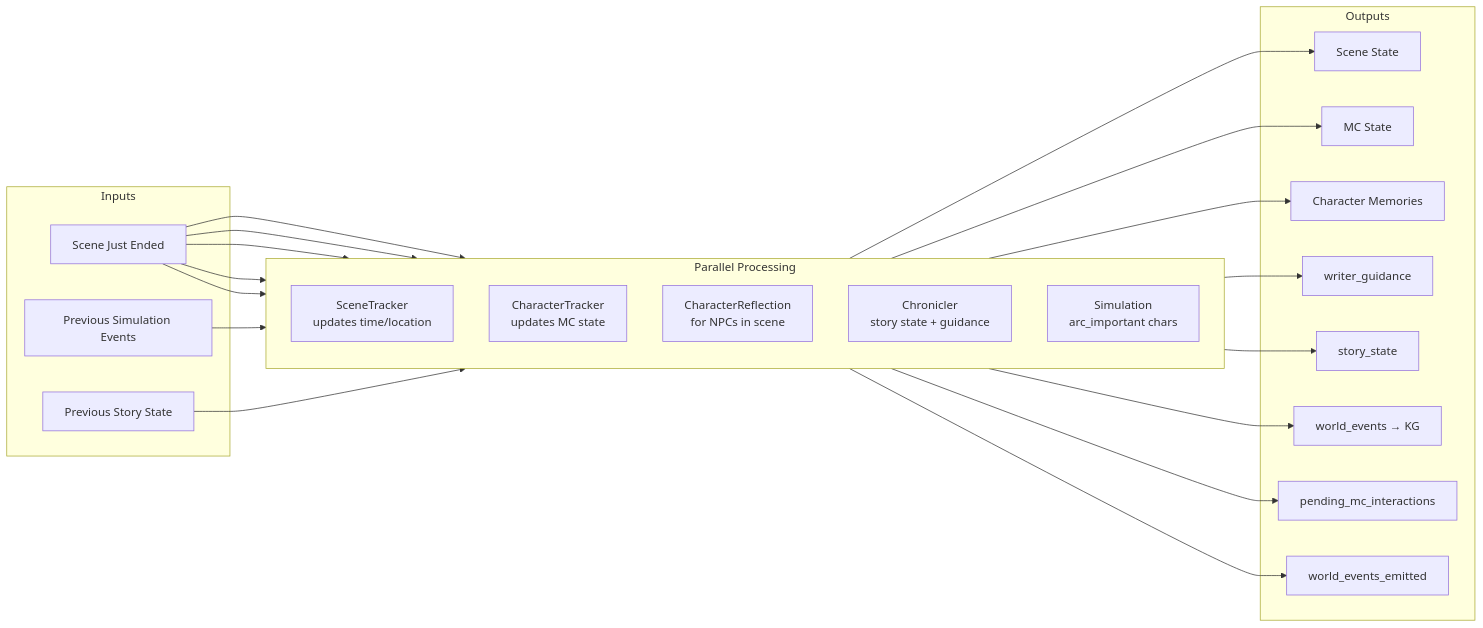
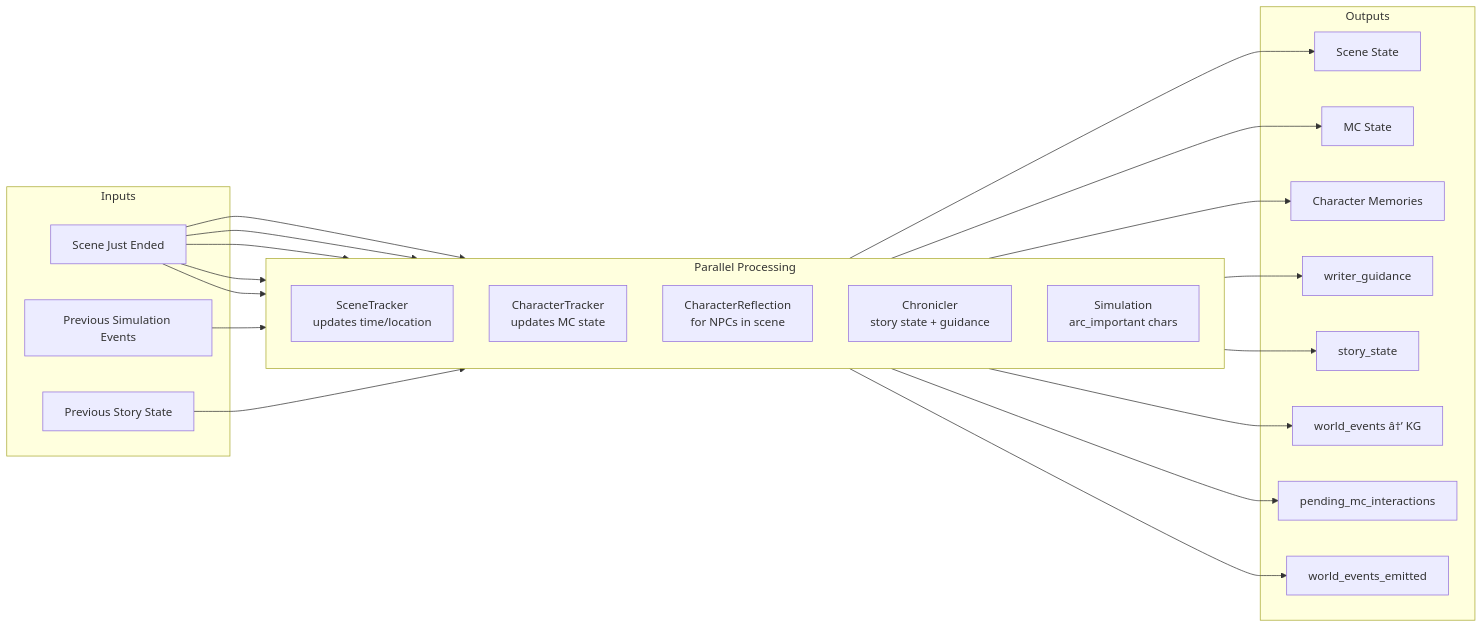
The second of 5 diagrams in doc/adr/SimulationSystemDesign.md (Czopenchauer/FableCraft), drawn with Mermaid before and after one commit. The commit also changed other lines of this file and 17 other files, not shown here.

````diff
--- a/doc/adr/SimulationSystemDesign.md
+++ b/doc/adr/SimulationSystemDesign.md
@@ -391,39 +392,39 @@
 ```mermaid
 flowchart LR
     subgraph Inputs
         scene[Scene Just Ended]
         prev_sim[Previous Simulation Events]
         prev_story[Previous Story State]
     end
     
     subgraph Parallel["Parallel Processing"]
         direction TB
         ST[SceneTracker<br/>updates time/location]
         CT[CharacterTracker<br/>updates MC state]
         CR[CharacterReflection<br/>for NPCs in scene]
         CH[Chronicler<br/>story state + guidance]
         SIM[Simulation<br/>arc_important chars]
     end
     
     subgraph Outputs
         scene_state[Scene State]
         mc_state[MC State]
         char_memories[Character Memories]
         writer_guid[writer_guidance]
         story_state[story_state]
-        world_ev[world_events → KG]
+        world_ev[world_events â†’ KG]
         pending[pending_mc_interactions]
         sim_events[world_events_emitted]
     end
     
     scene --> ST & CT & CR & CH
     prev_sim --> CH
     prev_story --> CH
     scene --> SIM
     
     ST --> scene_state
     CT --> mc_state
     CR --> char_memories
     CH --> writer_guid & story_state & world_ev
     SIM --> pending & sim_events
 ```
````
